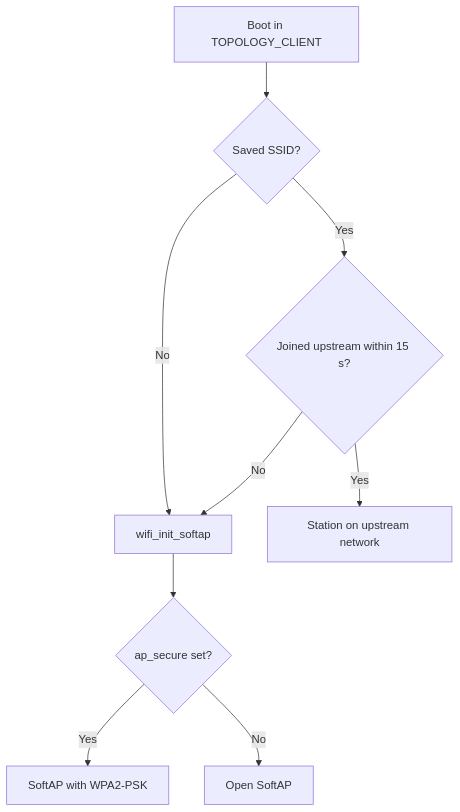
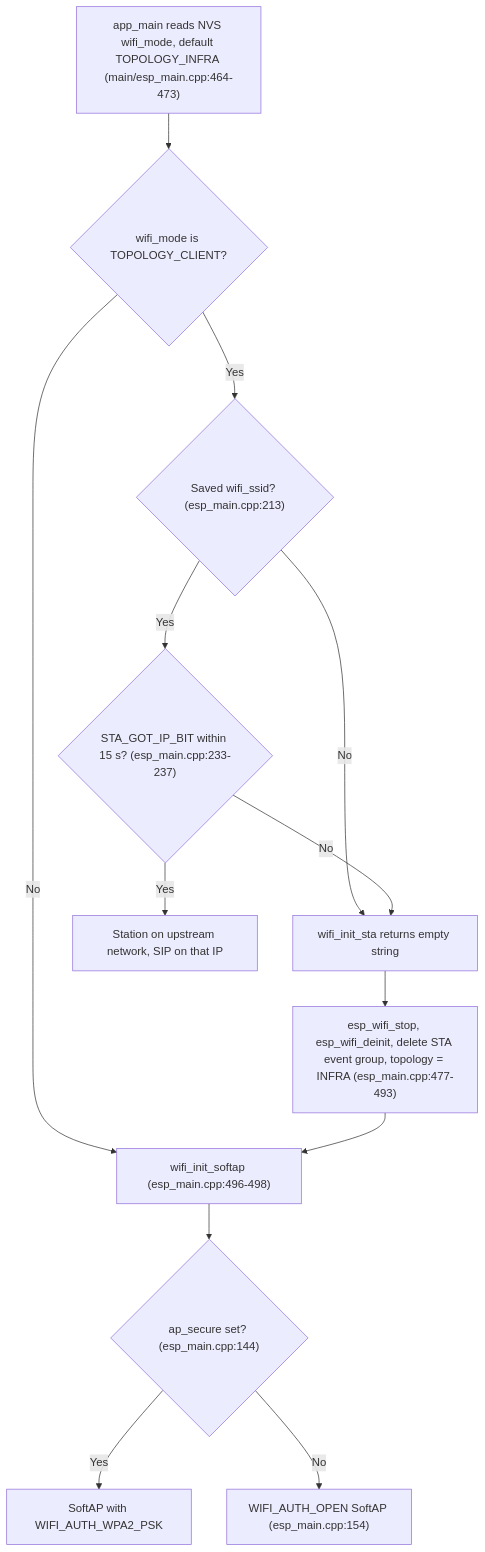
Before and after one commit to GlomarGadaffi/pocket-dial: the second of 2 diagrams in docs/SOFTAP_SCALE.md, drawn with Mermaid. The commit also changed other lines of this file and 29 other files, not shown here.

First line of the commit message:
docs: make the Mermaid diagrams exact against main (#1105)

````diff
--- a/docs/SOFTAP_SCALE.md
+++ b/docs/SOFTAP_SCALE.md
@@ -188,11 +188,15 @@
 ```mermaid
 flowchart TD
-    A[Boot in TOPOLOGY_CLIENT] --> B{Saved SSID?}
-    B -- No --> F[wifi_init_softap]
-    B -- Yes --> C{Joined upstream within 15 s?}
-    C -- Yes --> D[Station on upstream network]
-    C -- No --> F
-    F --> G{ap_secure set?}
-    G -- Yes --> H[SoftAP with WPA2-PSK]
-    G -- No --> I[Open SoftAP]
+    A["app_main reads NVS wifi_mode, default TOPOLOGY_INFRA (main/esp_main.cpp:464-473)"] --> A2{"wifi_mode is TOPOLOGY_CLIENT?"}
+    A2 -- No --> F
+    A2 -- Yes --> B{"Saved wifi_ssid? (esp_main.cpp:213)"}
+    B -- No --> W["wifi_init_sta returns empty string"]
+    B -- Yes --> C{"STA_GOT_IP_BIT within 15 s? (esp_main.cpp:233-237)"}
+    C -- Yes --> D["Station on upstream network, SIP on that IP"]
+    C -- No --> W
+    W --> T["esp_wifi_stop, esp_wifi_deinit, delete STA event group, topology = INFRA (esp_main.cpp:477-493)"]
+    T --> F["wifi_init_softap (esp_main.cpp:496-498)"]
+    F --> G{"ap_secure set? (esp_main.cpp:144)"}
+    G -- Yes --> H["SoftAP with WIFI_AUTH_WPA2_PSK"]
+    G -- No --> I["WIFI_AUTH_OPEN SoftAP (esp_main.cpp:154)"]
 ```
````
